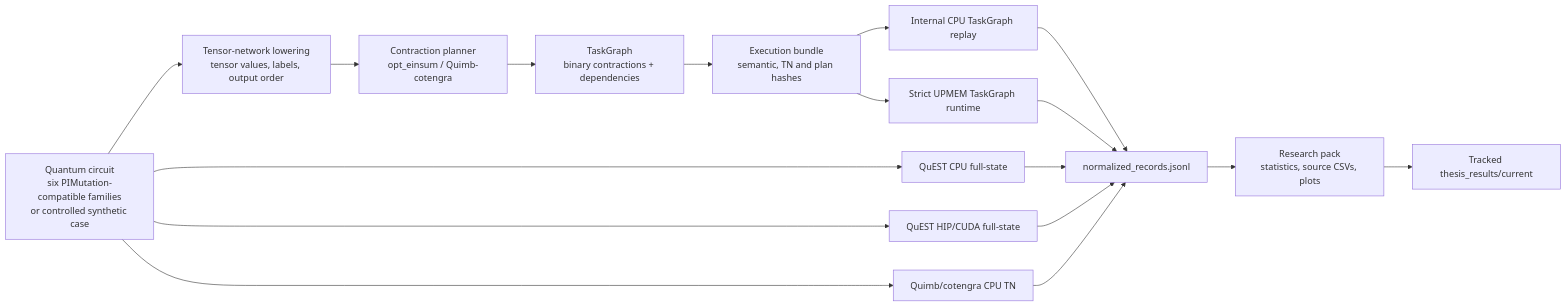
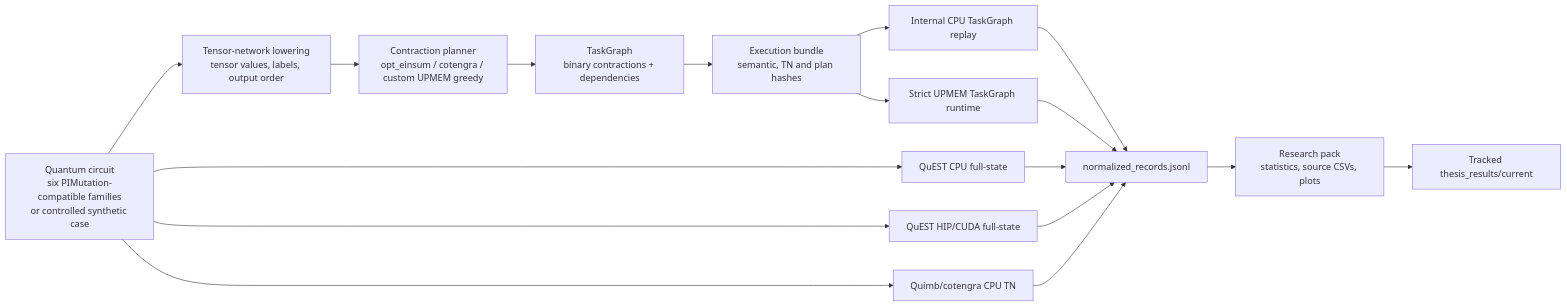
The first of 3 diagrams in thesis/implementation/ARCHITECTURE.md (kazulak/Masters), drawn with Mermaid before and after one commit. The commit also changed other lines of this file and 2 other files, not shown here.

Commit message:
[thesis] document modeled planner evidence

````diff
--- a/thesis/implementation/ARCHITECTURE.md
+++ b/thesis/implementation/ARCHITECTURE.md
@@ -21,25 +21,25 @@
 ```mermaid
 flowchart LR
     C[Quantum circuit<br/>six PIMutation-compatible families<br/>or controlled synthetic case]
     TN[Tensor-network lowering<br/>tensor values, labels, output order]
-    P[Contraction planner<br/>opt_einsum / Quimb-cotengra]
+    P[Contraction planner<br/>opt_einsum / cotengra / custom UPMEM greedy]
     G[TaskGraph<br/>binary contractions + dependencies]
     B[Execution bundle<br/>semantic, TN and plan hashes]
 
     C --> TN --> P --> G --> B
 
     B --> CPU[Internal CPU TaskGraph replay]
     C --> QCPU[QuEST CPU full-state]
     C --> QGPU[QuEST HIP/CUDA full-state]
     C --> QUIMB[Quimb/cotengra CPU TN]
     B --> UPMEM[Strict UPMEM TaskGraph runtime]
 
     CPU --> N[normalized_records.jsonl]
     QCPU --> N
     QGPU --> N
     QUIMB --> N
     UPMEM --> N
 
     N --> R[Research pack<br/>statistics, source CSVs, plots]
     R --> S[Tracked thesis_results/current]
 ```
````
